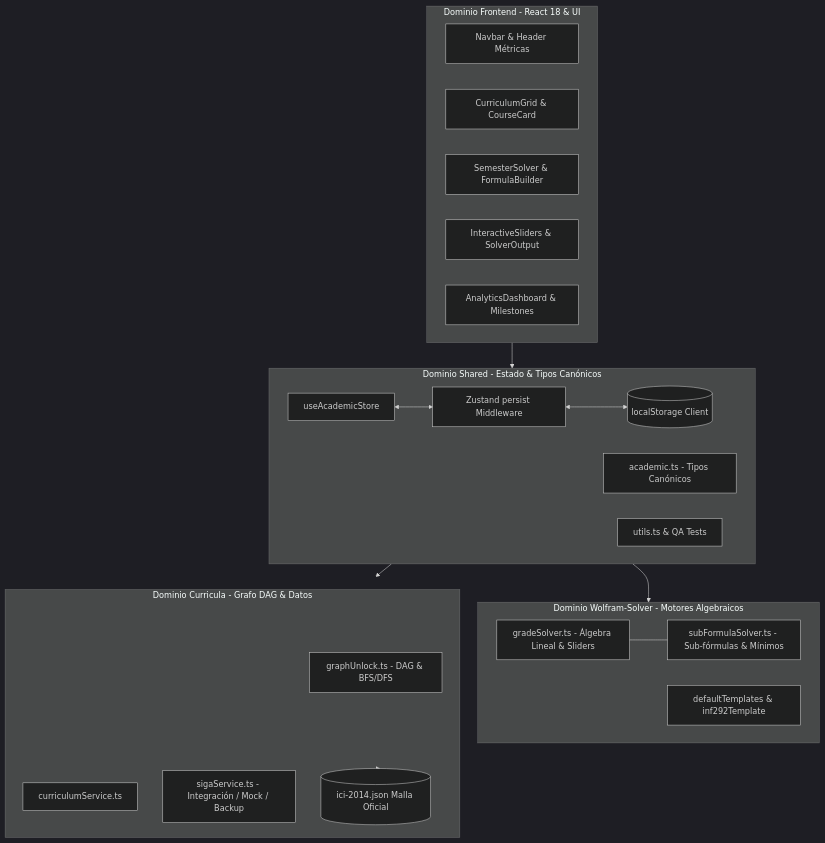
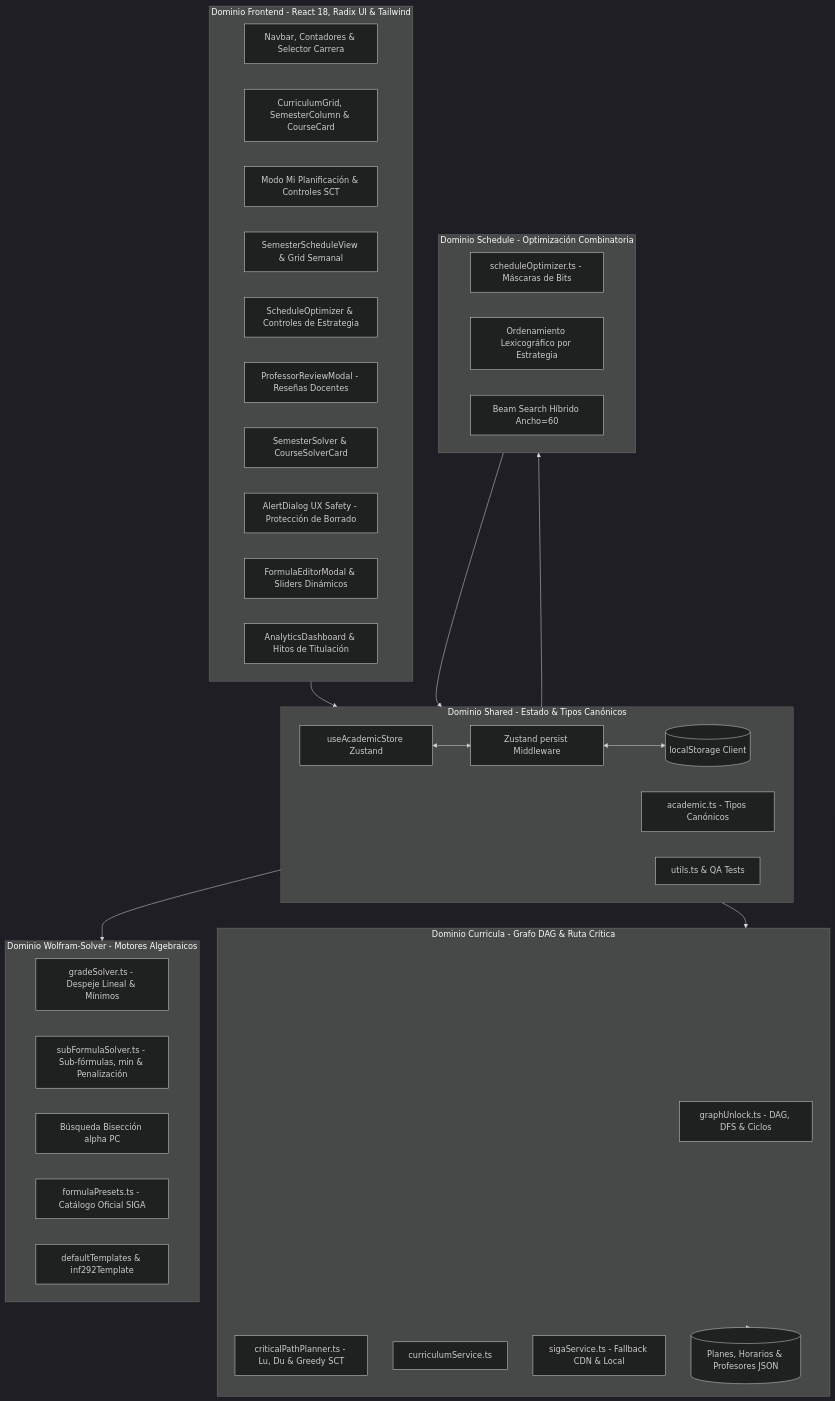
One commit to Jota216/Malla-USM changed the second of 3 diagrams in CONTEXT.md. Above: the diagram before and after it, drawn with Mermaid (dark theme). The commit also changed other lines of this file and 32 other files, not shown here.

````diff
--- a/CONTEXT.md
+++ b/CONTEXT.md
@@ -62,38 +86,53 @@
 ```mermaid
 flowchart TD
-    subgraph Frontend_Domain [Dominio Frontend - React 18 & UI]
-        Navbar[Navbar & Header Métricas]
-        CurriculumView[CurriculumGrid & CourseCard]
-        SolverView[SemesterSolver & FormulaBuilder]
-        Sliders[InteractiveSliders & SolverOutput]
-        DashboardView[AnalyticsDashboard & Milestones]
+    subgraph Frontend_Domain [Dominio Frontend - React 18, Radix UI & Tailwind]
+        Navbar[Navbar, Contadores & Selector Carrera]
+        CurriculumGrid[CurriculumGrid, SemesterColumn & CourseCard]
+        PlannerMode[Modo Mi Planificación & Controles SCT]
+        ScheduleView[SemesterScheduleView & Grid Semanal]
+        ScheduleOptimizerUI[ScheduleOptimizer & Controles de Estrategia]
+        ProfModal[ProfessorReviewModal - Reseñas Docentes]
+        SolverView[SemesterSolver & CourseSolverCard]
+        UXSafety[AlertDialog UX Safety - Protección de Borrado]
+        FormulaModal[FormulaEditorModal & Sliders Dinámicos]
+        AnalyticsView[AnalyticsDashboard & Hitos de Titulación]
     end
 
     subgraph Shared_Domain [Dominio Shared - Estado & Tipos Canónicos]
-        Store[useAcademicStore]
+        Store[useAcademicStore Zustand]
         Persist[Zustand persist Middleware]
         Storage[(localStorage Client)]
         Types[academic.ts - Tipos Canónicos]
         Utils[utils.ts & QA Tests]
         Store <--> Persist <--> Storage
     end
 
-    subgraph Wolfram_Domain [Dominio Wolfram-Solver - Motores Algebraicos]
-        SolverEngine[gradeSolver.ts - Álgebra Lineal & Sliders]
-        SubFormulaEngine[subFormulaSolver.ts - Sub-fórmulas & Mínimos]
-        Templates[defaultTemplates & inf292Template]
-        SolverEngine --- SubFormulaEngine
+    subgraph Curricula_Domain [Dominio Curricula - Grafo DAG & Ruta Crítica]
+        GraphEngine[graphUnlock.ts - DAG, DFS & Ciclos]
+        CriticalPathEngine[criticalPathPlanner.ts - Lu, Du & Greedy SCT]
+        CurriculumService[curriculumService.ts]
+        SigaService[sigaService.ts - Fallback CDN & Local]
+        DataJSON[(Planes, Horarios & Profesores JSON)]
     end
 
-    subgraph Curricula_Domain [Dominio Curricula - Grafo DAG & Datos]
-        GraphEngine[graphUnlock.ts - DAG & BFS/DFS]
-        CurriculumService[curriculumService.ts]
-        SigaService[sigaService.ts - Integración / Mock / Backup]
-        DataJSON[(ici-2014.json Malla Oficial)]
+    subgraph Schedule_Domain [Dominio Schedule - Optimización Combinatoria]
+        BitmaskEngine[scheduleOptimizer.ts - Máscaras de Bits]
+        LexicographicSort[Ordenamiento Lexicográfico por Estrategia]
+        BeamSearch[Beam Search Híbrido Ancho=60]
+    end
+
+    subgraph Wolfram_Domain [Dominio Wolfram-Solver - Motores Algebraicos]
+        SolverEngine[gradeSolver.ts - Despeje Lineal & Mínimos]
+        SubFormulaEngine[subFormulaSolver.ts - Sub-fórmulas, min & Penalización]
+        BisectionEngine[Búsqueda Bisección alpha PC]
+        Presets[formulaPresets.ts - Catálogo Oficial SIGA]
+        Templates[defaultTemplates & inf292Template]
     end
 
     Frontend_Domain --> Shared_Domain
+    Shared_Domain --> Curricula_Domain
     Shared_Domain --> Wolfram_Domain
-    Shared_Domain --> Curricula_Domain
+    Shared_Domain --> Schedule_Domain
+    Schedule_Domain --> Shared_Domain
     Curricula_Domain --> DataJSON
 ```
````
